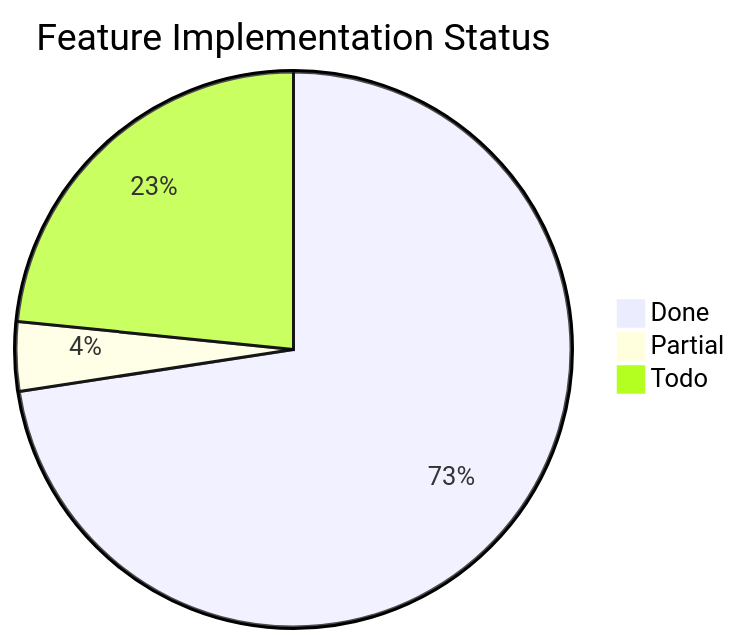
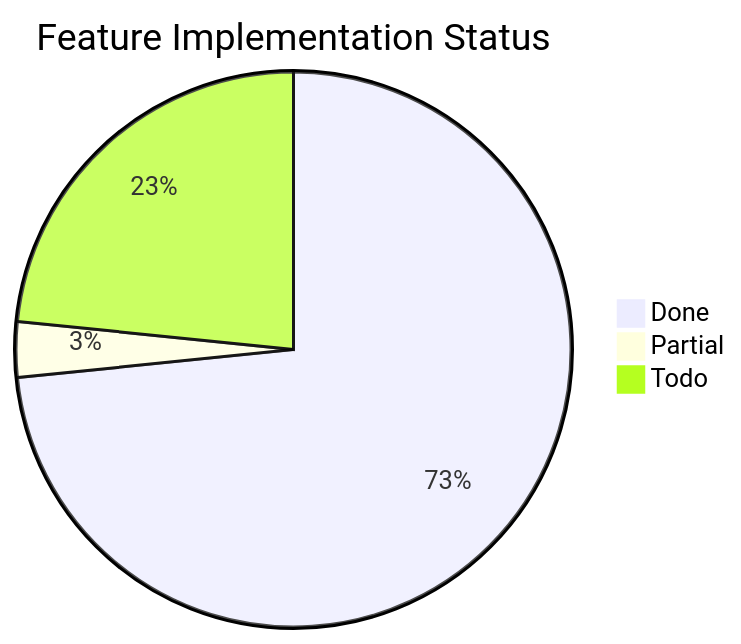
One commit to Papyrine/Morph changed the third of 3 diagrams in docs/word-features.md. Above: the diagram before and after it, drawn with Mermaid. The commit also changed other lines of this file and 120 other files, not shown here.

````diff
--- a/docs/word-features.md
+++ b/docs/word-features.md
@@ -1850,6 +1850,6 @@
 ```mermaid
 pie title Feature Implementation Status
-    "Done" : 90
-    "Partial" : 5
+    "Done" : 91
+    "Partial" : 4
     "Todo" : 29
 ```
````
